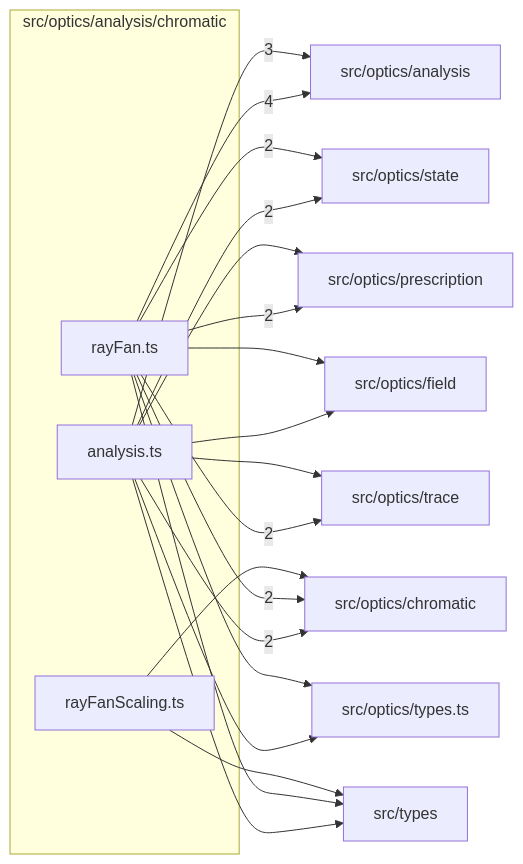
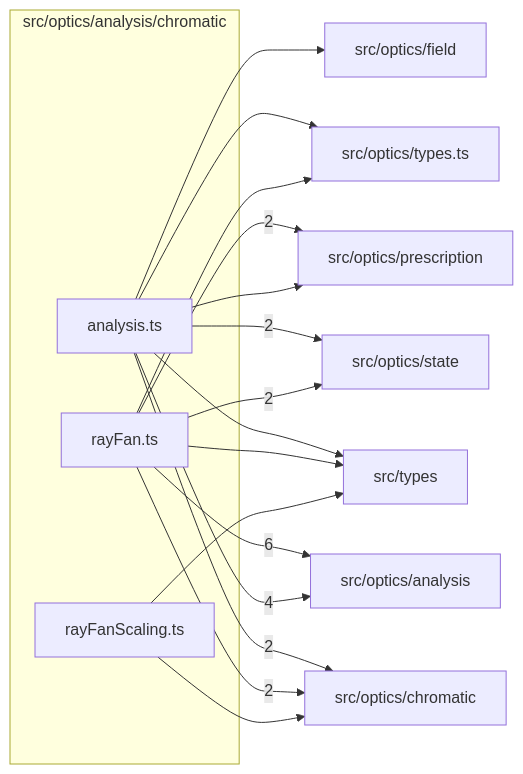
Before and after one commit to ronbuening/LensVisualizer: the diagram in src/optics/analysis/chromatic/readme.md, drawn with Mermaid. The commit also changed other lines of this file and 37 other files, not shown here.

````diff
--- a/src/optics/analysis/chromatic/readme.md
+++ b/src/optics/analysis/chromatic/readme.md
@@ -9,34 +9,30 @@
 ```mermaid
 flowchart LR
   subgraph n_src_optics_analysis_chromatic["src/optics/analysis/chromatic"]
     n_src_optics_analysis_chromatic_src_optics_analysis_chromatic_analysis_ts["analysis.ts"]
     n_src_optics_analysis_chromatic_src_optics_analysis_chromatic_rayFan_ts["rayFan.ts"]
     n_src_optics_analysis_chromatic_src_optics_analysis_chromatic_rayFanScaling_ts["rayFanScaling.ts"]
   end
   n_external_src_optics_analysis["src/optics/analysis"]
   n_external_src_optics_chromatic["src/optics/chromatic"]
   n_external_src_optics_prescription["src/optics/prescription"]
   n_external_src_optics_state["src/optics/state"]
-  n_external_src_optics_trace["src/optics/trace"]
   n_external_src_optics_field["src/optics/field"]
   n_external_src_optics_types_ts["src/optics/types.ts"]
   n_external_src_types["src/types"]
-  n_src_optics_analysis_chromatic_src_optics_analysis_chromatic_rayFan_ts --> |4| n_external_src_optics_analysis
-  n_src_optics_analysis_chromatic_src_optics_analysis_chromatic_analysis_ts --> |3| n_external_src_optics_analysis
+  n_src_optics_analysis_chromatic_src_optics_analysis_chromatic_rayFan_ts --> |6| n_external_src_optics_analysis
+  n_src_optics_analysis_chromatic_src_optics_analysis_chromatic_analysis_ts --> |4| n_external_src_optics_analysis
   n_src_optics_analysis_chromatic_src_optics_analysis_chromatic_analysis_ts --> |2| n_external_src_optics_chromatic
   n_src_optics_analysis_chromatic_src_optics_analysis_chromatic_rayFan_ts --> |2| n_external_src_optics_chromatic
   n_src_optics_analysis_chromatic_src_optics_analysis_chromatic_rayFan_ts --> |2| n_external_src_optics_prescription
   n_src_optics_analysis_chromatic_src_optics_analysis_chromatic_analysis_ts --> |2| n_external_src_optics_state
   n_src_optics_analysis_chromatic_src_optics_analysis_chromatic_rayFan_ts --> |2| n_external_src_optics_state
-  n_src_optics_analysis_chromatic_src_optics_analysis_chromatic_rayFan_ts --> |2| n_external_src_optics_trace
   n_src_optics_analysis_chromatic_src_optics_analysis_chromatic_rayFanScaling_ts --> n_external_src_optics_chromatic
   n_src_optics_analysis_chromatic_src_optics_analysis_chromatic_analysis_ts --> n_external_src_optics_field
-  n_src_optics_analysis_chromatic_src_optics_analysis_chromatic_rayFan_ts --> n_external_src_optics_field
   n_src_optics_analysis_chromatic_src_optics_analysis_chromatic_analysis_ts --> n_external_src_optics_prescription
-  n_src_optics_analysis_chromatic_src_optics_analysis_chromatic_analysis_ts --> n_external_src_optics_trace
   n_src_optics_analysis_chromatic_src_optics_analysis_chromatic_analysis_ts --> n_external_src_optics_types_ts
   n_src_optics_analysis_chromatic_src_optics_analysis_chromatic_rayFan_ts --> n_external_src_optics_types_ts
   n_src_optics_analysis_chromatic_src_optics_analysis_chromatic_analysis_ts --> n_external_src_types
   n_src_optics_analysis_chromatic_src_optics_analysis_chromatic_rayFan_ts --> n_external_src_types
   n_src_optics_analysis_chromatic_src_optics_analysis_chromatic_rayFanScaling_ts --> n_external_src_types
 ```
````
